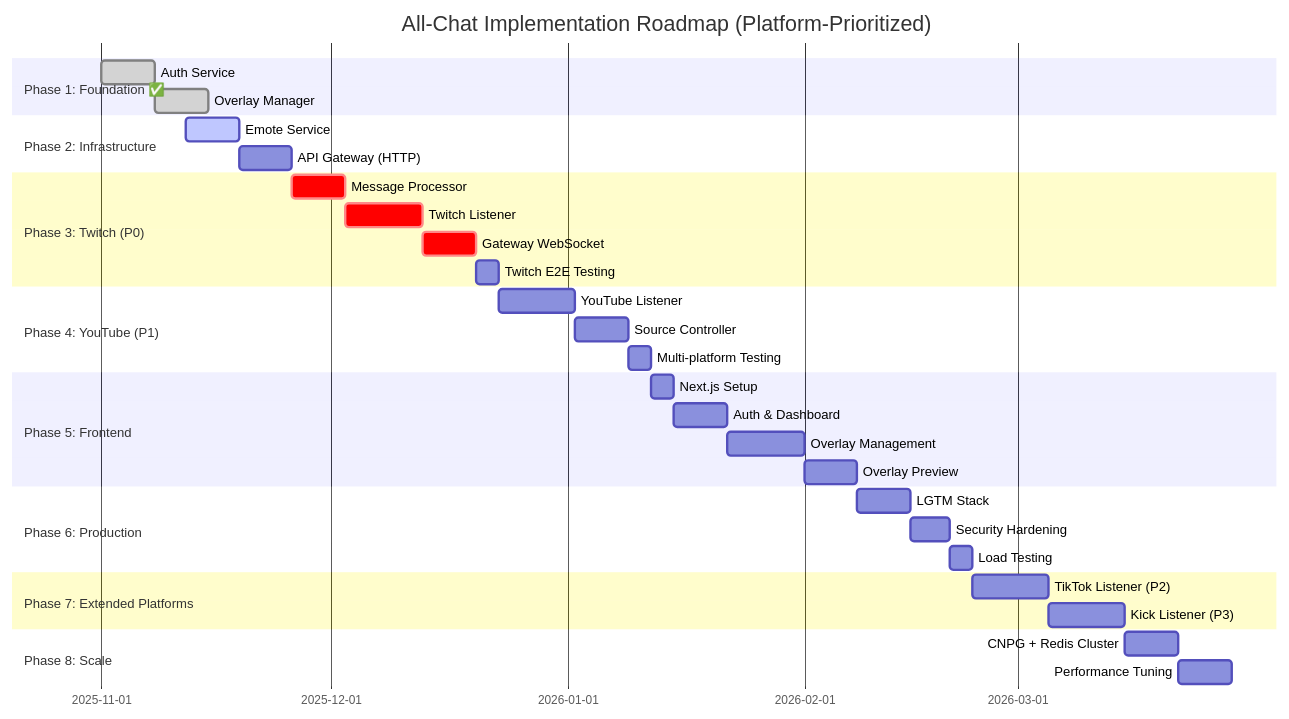
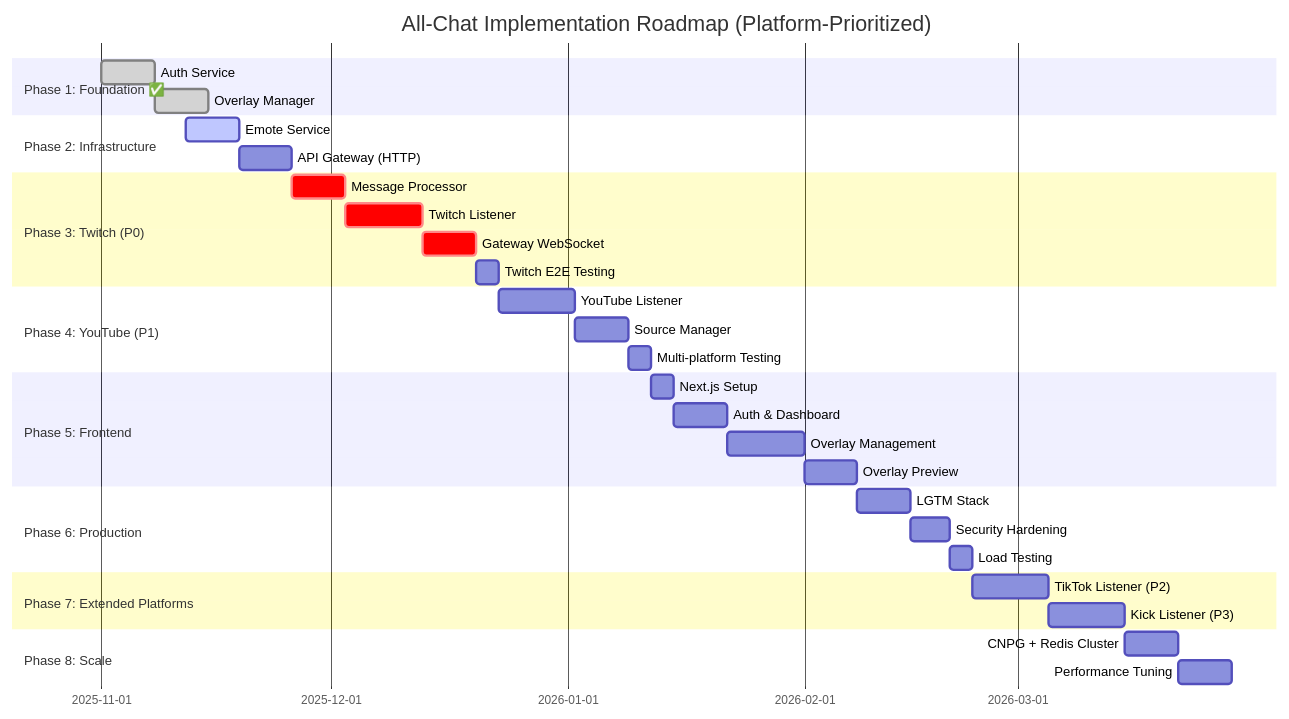
Before and after one commit to caesarakalaeii/all-chat: the first of 4 diagrams in docs/architecture/IMPLEMENTATION_ROADMAP.md, drawn with Mermaid. The commit also changed other lines of this file and 74 other files, not shown here.

````diff
--- a/docs/architecture/IMPLEMENTATION_ROADMAP.md
+++ b/docs/architecture/IMPLEMENTATION_ROADMAP.md
@@ -34,35 +34,35 @@
 ```mermaid
 gantt
     title All-Chat Implementation Roadmap (Platform-Prioritized)
     dateFormat YYYY-MM-DD
     section Phase 1: Foundation ✅
     Auth Service                    :done, p1-1, 2025-11-01, 7d
     Overlay Manager                 :done, p1-2, 2025-11-08, 7d
     section Phase 2: Infrastructure
     Emote Service                   :active, p2-1, 2025-11-12, 7d
     API Gateway (HTTP)              :p2-2, 2025-11-19, 7d
     section Phase 3: Twitch (P0)
     Message Processor               :crit, p3-1, 2025-11-26, 7d
     Twitch Listener                 :crit, p3-2, 2025-12-03, 10d
     Gateway WebSocket               :crit, p3-3, 2025-12-13, 7d
     Twitch E2E Testing              :p3-4, 2025-12-20, 3d
     section Phase 4: YouTube (P1)
     YouTube Listener                :p4-1, 2025-12-23, 10d
-    Source Controller               :p4-2, 2026-01-02, 7d
+    Source Manager               :p4-2, 2026-01-02, 7d
     Multi-platform Testing          :p4-3, 2026-01-09, 3d
     section Phase 5: Frontend
     Next.js Setup                   :p5-1, 2026-01-12, 3d
     Auth & Dashboard                :p5-2, 2026-01-15, 7d
     Overlay Management              :p5-3, 2026-01-22, 10d
     Overlay Preview                 :p5-4, 2026-02-01, 7d
     section Phase 6: Production
     LGTM Stack                      :p6-1, 2026-02-08, 7d
     Security Hardening              :p6-2, 2026-02-15, 5d
     Load Testing                    :p6-3, 2026-02-20, 3d
     section Phase 7: Extended Platforms
     TikTok Listener (P2)            :p7-1, 2026-02-23, 10d
     Kick Listener (P3)              :p7-2, 2026-03-05, 10d
     section Phase 8: Scale
     CNPG + Redis Cluster            :p8-1, 2026-03-15, 7d
     Performance Tuning              :p8-2, 2026-03-22, 7d
 ```
````
